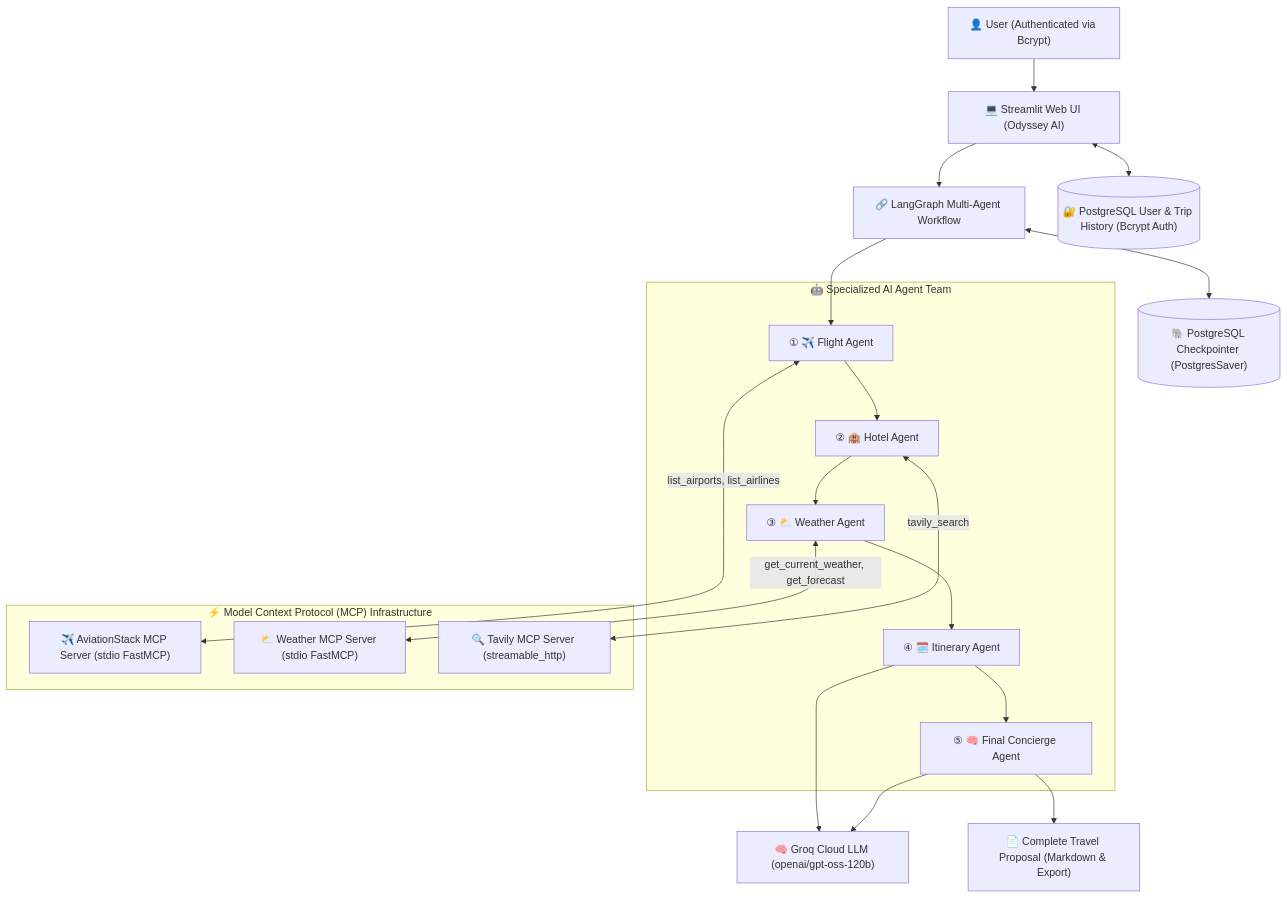
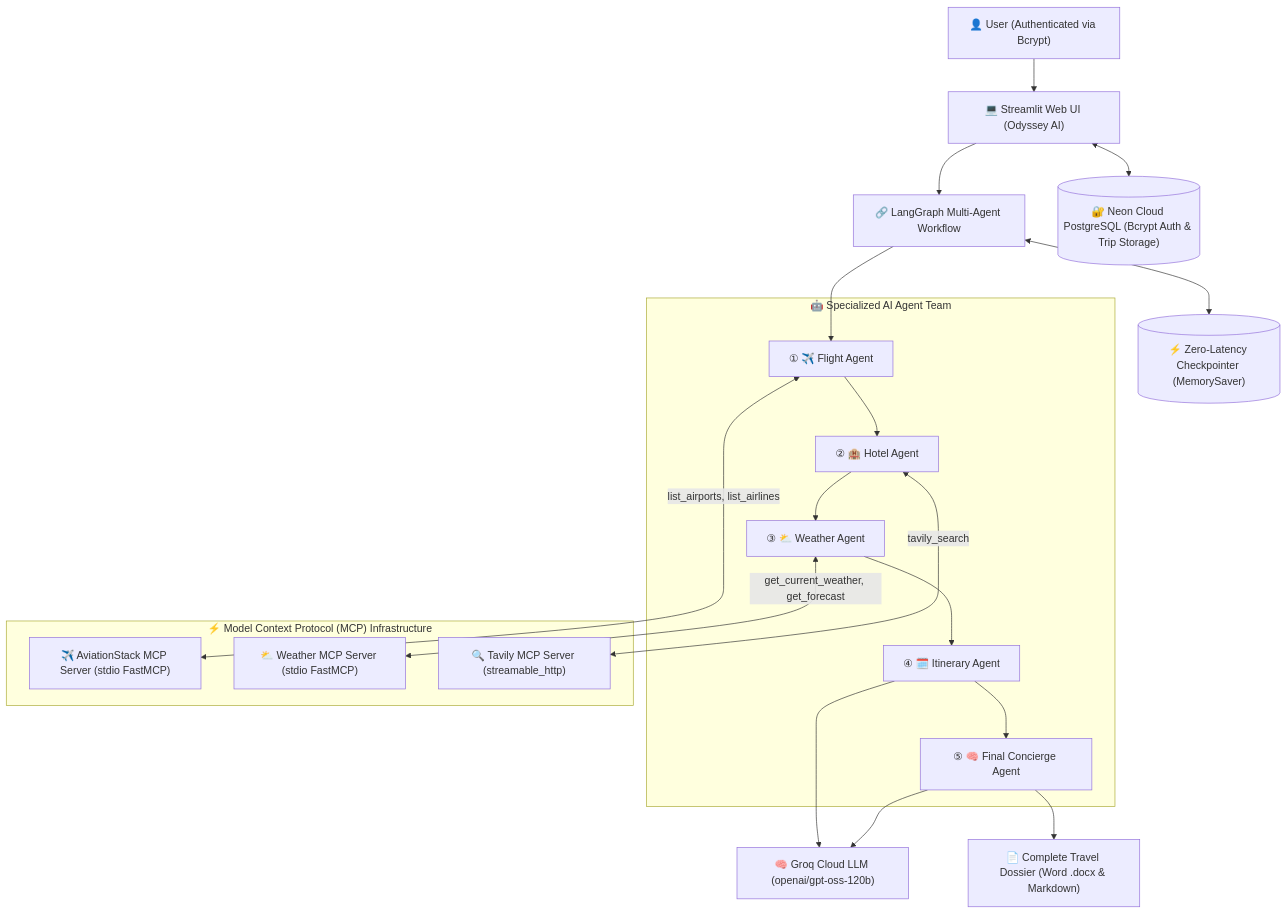
One commit to amarjeetsingh92/AI-Travel-Planning-App-using-LangGraph-and-MCP changed the diagram in README.md. Above: the diagram before and after it, drawn with Mermaid. The commit also changed other lines of this file and 3 other files, not shown here.

Commit message:
feat: resolve preset input bug, separate traveler UX from 6-matrix developer console, and add Word (.docx) itinerary export

````diff
--- a/README.md
+++ b/README.md
@@ -26,36 +26,36 @@
 ```mermaid
 flowchart TD
     User["👤 User (Authenticated via Bcrypt)"] --> UI["💻 Streamlit Web UI (Odyssey AI)"]
     UI --> Graph["🔗 LangGraph Multi-Agent Workflow"]
     
     subgraph Agents["🤖 Specialized AI Agent Team"]
         A1["① ✈️ Flight Agent"]
         A2["② 🏨 Hotel Agent"]
         A3["③ ⛅ Weather Agent"]
         A4["④ 🗓️ Itinerary Agent"]
         A5["⑤ 🧠 Final Concierge Agent"]
     end
     
     Graph --> A1
     A1 --> A2
     A2 --> A3
     A3 --> A4
     A4 --> A5
     
     subgraph MCPServers["⚡ Model Context Protocol (MCP) Infrastructure"]
         MCPAviation["✈️ AviationStack MCP Server (stdio FastMCP)"]
         MCPWeather["⛅ Weather MCP Server (stdio FastMCP)"]
         MCPTavily["🔍 Tavily MCP Server (streamable_http)"]
     end
     
     A1 <-->|"list_airports, list_airlines"| MCPAviation
     A2 <-->|"tavily_search"| MCPTavily
     A3 <-->|"get_current_weather, get_forecast"| MCPWeather
     
     A4 --> LLM["🧠 Groq Cloud LLM (openai/gpt-oss-120b)"]
     A5 --> LLM
     
-    A5 --> Plan["📄 Complete Travel Proposal (Markdown & Export)"]
-    Graph <--> DB[("🐘 PostgreSQL Checkpointer (PostgresSaver)")]
-    UI <--> UserDB[("🔐 PostgreSQL User & Trip History (Bcrypt Auth)")]
+    A5 --> Plan["📄 Complete Travel Dossier (Word .docx & Markdown)"]
+    Graph <--> DB[("⚡ Zero-Latency Checkpointer (MemorySaver)")]
+    UI <--> UserDB[("🔐 Neon Cloud PostgreSQL (Bcrypt Auth & Trip Storage)")]
 ```
````
